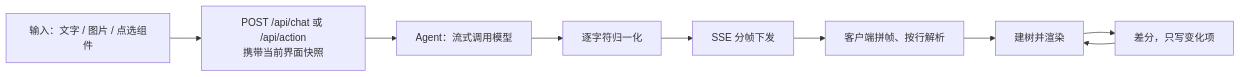
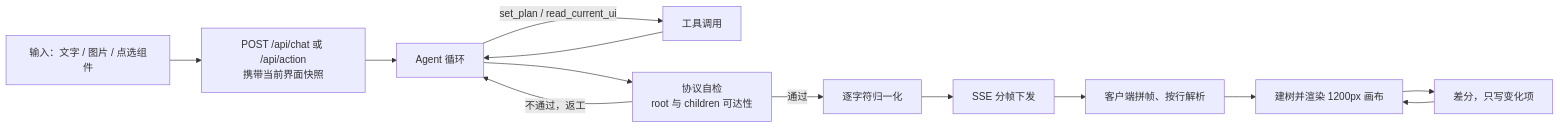
The diagram in README.md (tutu-1-cloud/A2UI), drawn with Mermaid before and after one commit. The commit also changed other lines of this file and 35 other files, not shown here.

````diff
--- a/README.md
+++ b/README.md
@@ -81,11 +79,15 @@
 ```mermaid
 flowchart LR
   U[输入：文字 / 图片 / 点选组件] --> C[POST /api/chat 或 /api/action<br/>携带当前界面快照]
-  C --> A[Agent：流式调用模型]
-  A --> N[逐字符归一化]
+  C --> A[Agent 循环]
+  A -->|set_plan / read_current_ui| T[工具调用]
+  T --> A
+  A --> V[协议自检<br/>root 与 children 可达性]
+  V -->|不通过，返工| A
+  V -->|通过| N[逐字符归一化]
   N --> S[SSE 分帧下发]
   S --> P[客户端拼帧、按行解析]
-  P --> G[建树并渲染]
+  P --> G[建树并渲染 1200px 画布]
   G --> D[差分，只写变化项]
   D --> G
 ```
````
